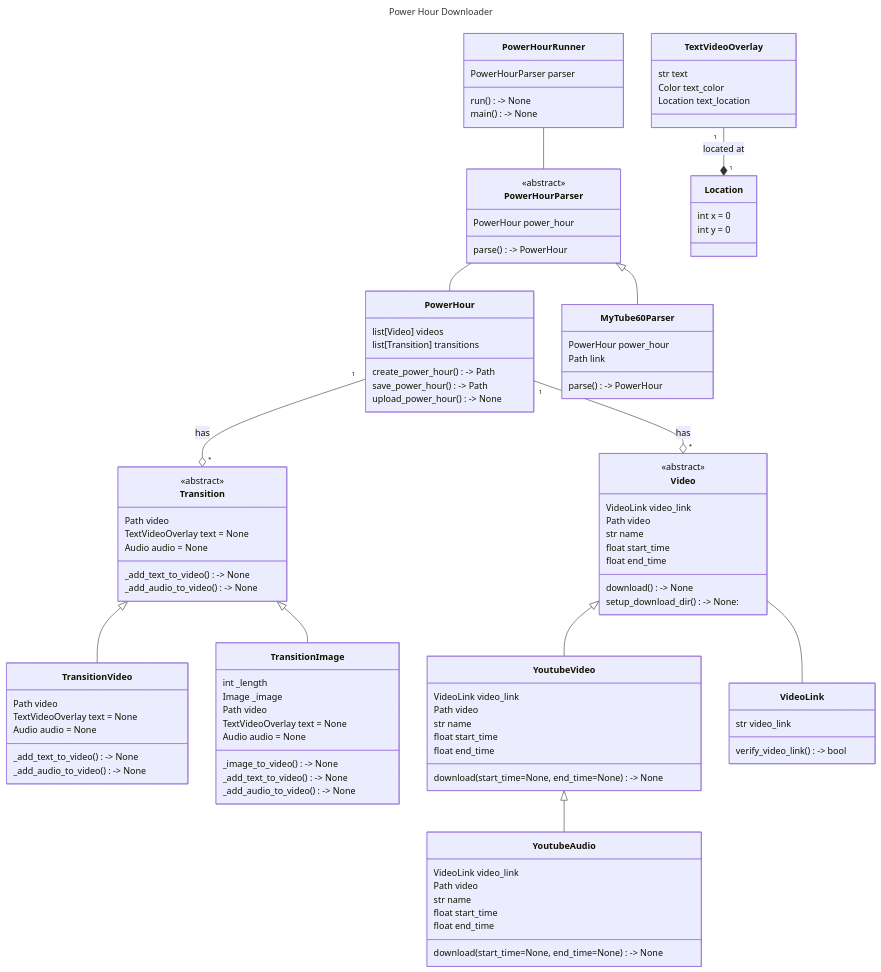
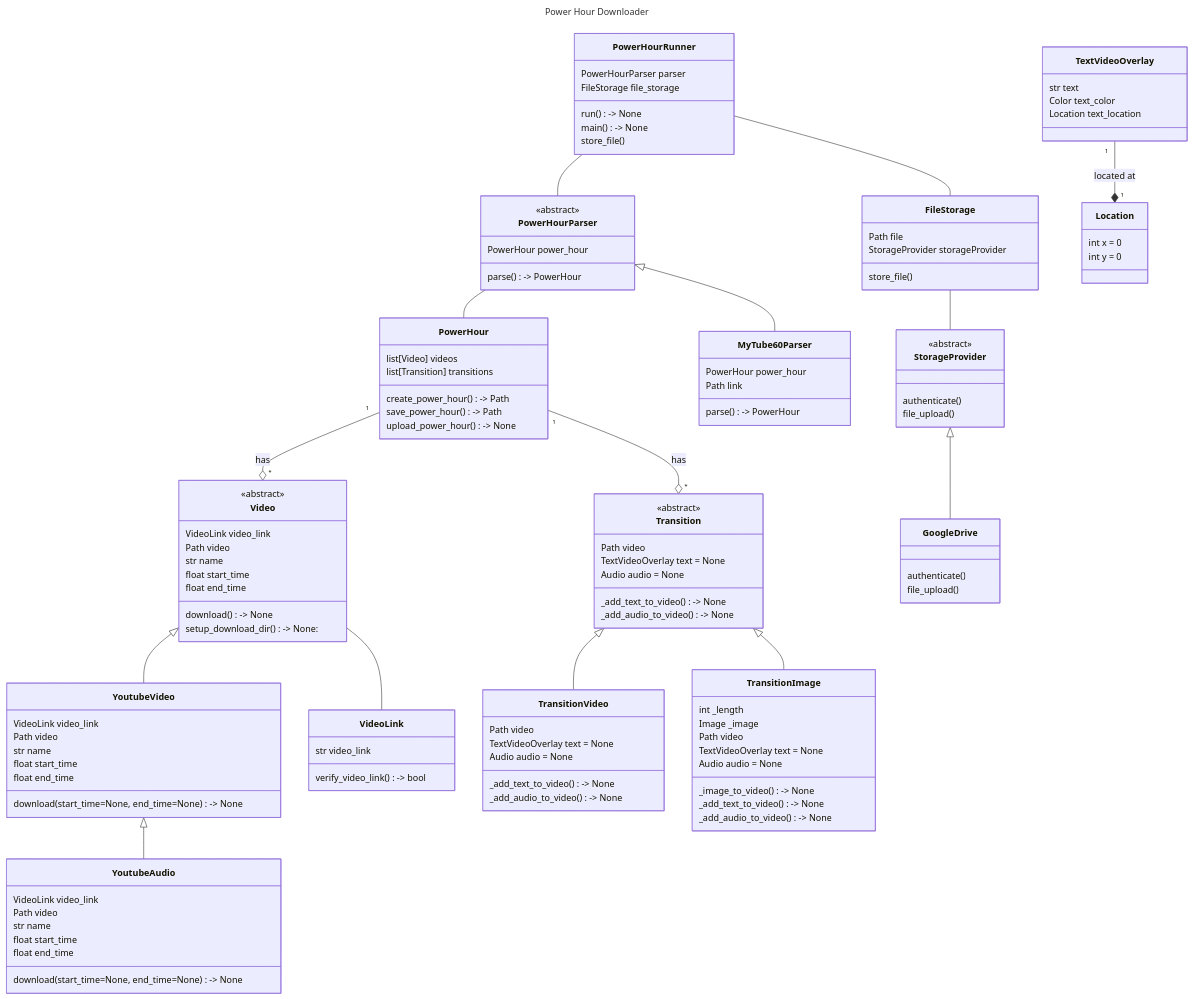
Before and after one commit to tjander3/PowerHourDownloader: the diagram in class-diagram.md, drawn with Mermaid.

Commit message:
ideas on how to store file

````diff
--- a/class-diagram.md
+++ b/class-diagram.md
@@ -7,9 +7,11 @@
     PowerHourRunner -- PowerHourParser
     class PowerHourRunner {
         PowerHourParser parser
+        FileStorage file_storage
 
         run() -> None
         main() -> None
+        store_file()
     }
 
     PowerHour "1" --o "*" Video: has
@@ -127,4 +129,27 @@
 
         verify_video_link() -> bool
     }
+
+    PowerHourRunner -- FileStorage
+    class FileStorage {
+        Path file
+        StorageProvider storageProvider
+
+        store_file()
+    }
+
+    FileStorage -- StorageProvider
+    class StorageProvider {
+        <<abstract>>
+
+        authenticate()
+        file_upload()
+    }
+
+    StorageProvider <|-- GoogleDrive
+    class GoogleDrive {
+
+        authenticate()
+        file_upload()
+    }
 ```
````
